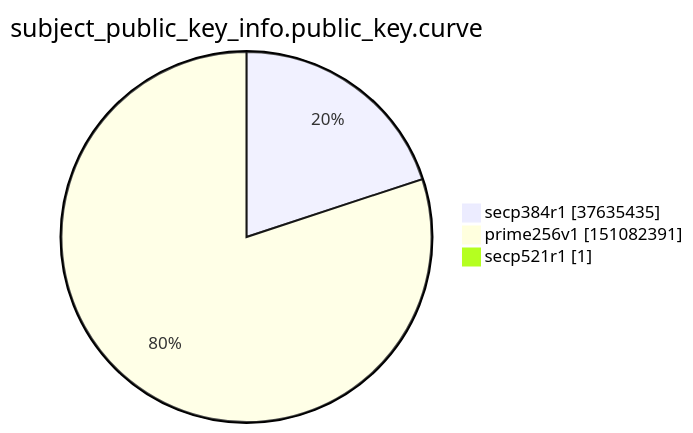
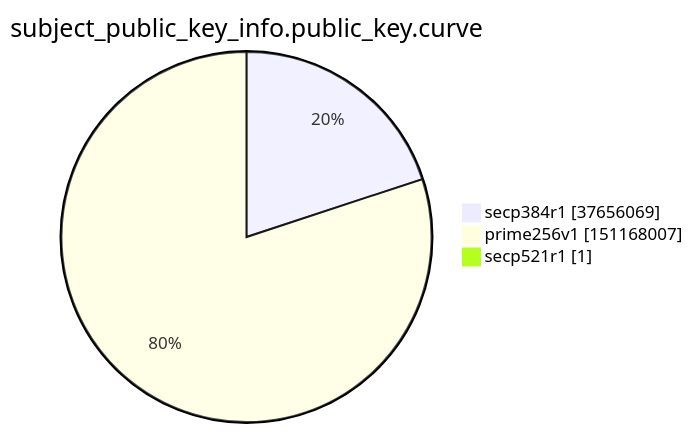
Before and after one commit to christiankrug/ctmonitor_visualization: the ninth of 15 diagrams in xenon2022/README.md, drawn with Mermaid. The commit also changed other lines of this file, not shown here.

````diff
--- a/xenon2022/README.md
+++ b/xenon2022/README.md
@@ -2859,7 +2859,7 @@
 ```mermaid
 pie showData
 title subject_public_key_info.public_key.curve
-"secp384r1" :37635435
-"prime256v1" :151082391
+"secp384r1" :37656069
+"prime256v1" :151168007
 "secp521r1" :1
 ```
````
